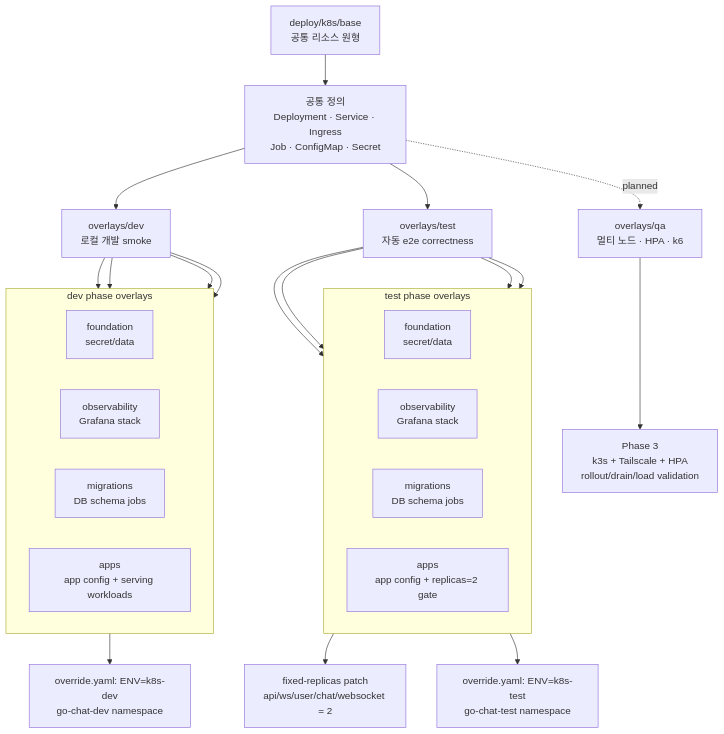
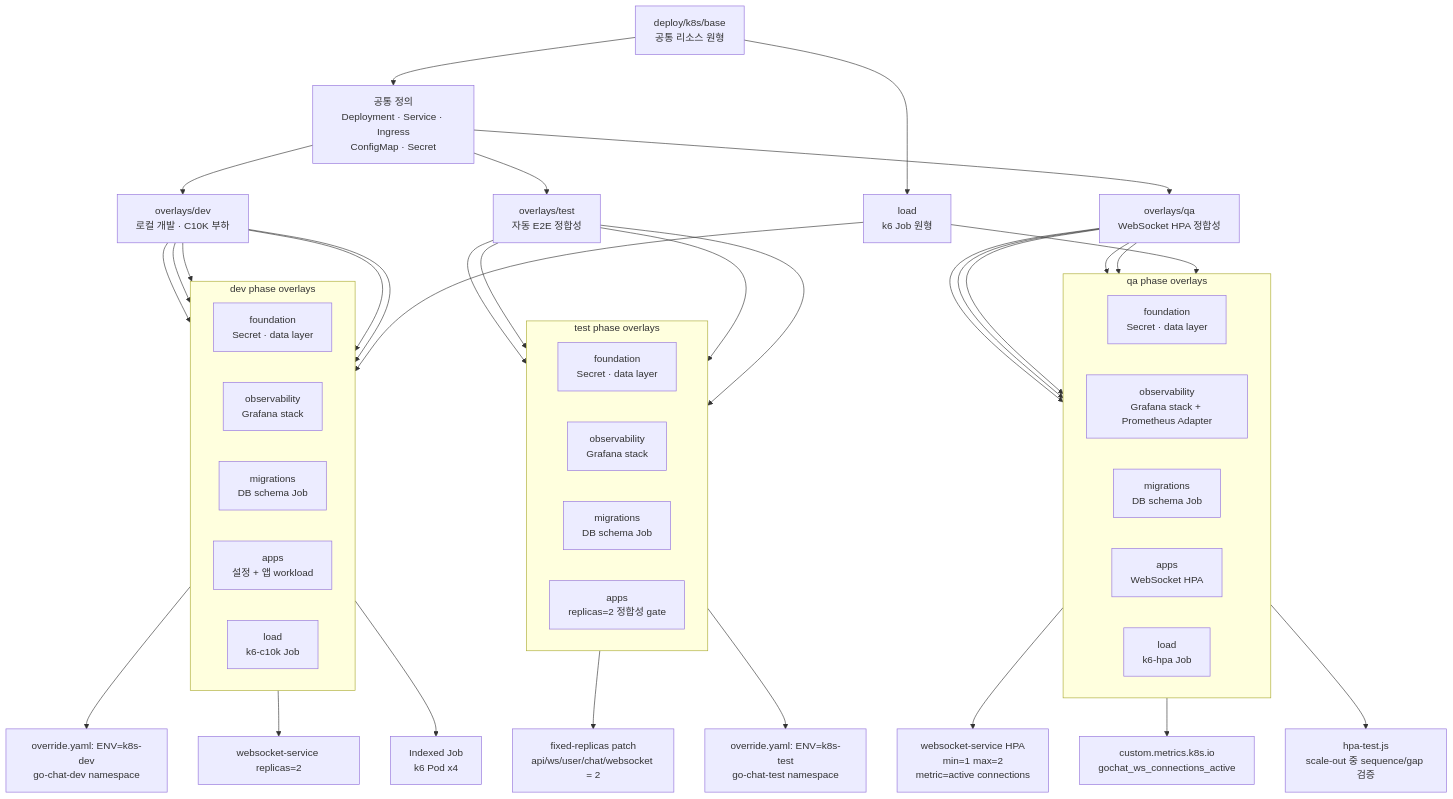
The diagram in docs/diagrams/flow-k8s-overlays.mmd (happyhun/go-chat-msa), drawn with Mermaid before and after one commit. The commit also changed 8 other files, not shown here.

Commit message:
docs: k8s websocket 다이어그램 최신화

```diff
--- a/docs/diagrams/flow-k8s-overlays.mmd
+++ b/docs/diagrams/flow-k8s-overlays.mmd
@@ -1,40 +1,63 @@
 flowchart TB
     Base["deploy/k8s/base<br/>공통 리소스 원형"]
 
-    Base --> Common["공통 정의<br/>Deployment · Service · Ingress<br/>Job · ConfigMap · Secret"]
+    Base --> Common["공통 정의<br/>Deployment · Service · Ingress<br/>ConfigMap · Secret"]
+    Base --> LoadBase["load<br/>k6 Job 원형"]
 
-    Common --> Dev["overlays/dev<br/>로컬 개발 smoke"]
-    Common --> Test["overlays/test<br/>자동 e2e correctness"]
-    Common -. "planned" .-> QA["overlays/qa<br/>멀티 노드 · HPA · k6"]
+    Common --> Dev["overlays/dev<br/>로컬 개발 · C10K 부하"]
+    Common --> Test["overlays/test<br/>자동 E2E 정합성"]
+    Common --> QA["overlays/qa<br/>WebSocket HPA 정합성"]
 
     subgraph DevPhases ["dev phase overlays"]
         direction LR
-        DevFoundation["foundation<br/>secret/data"]
+        DevFoundation["foundation<br/>Secret · data layer"]
         DevObs["observability<br/>Grafana stack"]
-        DevMig["migrations<br/>DB schema jobs"]
-        DevApps["apps<br/>app config + serving workloads"]
+        DevMig["migrations<br/>DB schema Job"]
+        DevApps["apps<br/>설정 + 앱 workload"]
+        DevLoad["load<br/>k6-c10k Job"]
     end
 
     subgraph TestPhases ["test phase overlays"]
         direction LR
-        TestFoundation["foundation<br/>secret/data"]
+        TestFoundation["foundation<br/>Secret · data layer"]
         TestObs["observability<br/>Grafana stack"]
-        TestMig["migrations<br/>DB schema jobs"]
-        TestApps["apps<br/>app config + replicas=2 gate"]
+        TestMig["migrations<br/>DB schema Job"]
+        TestApps["apps<br/>replicas=2 정합성 gate"]
+    end
+
+    subgraph QAPhases ["qa phase overlays"]
+        direction LR
+        QAFoundation["foundation<br/>Secret · data layer"]
+        QAObs["observability<br/>Grafana stack + Prometheus Adapter"]
+        QAMig["migrations<br/>DB schema Job"]
+        QAApps["apps<br/>WebSocket HPA"]
+        QALoad["load<br/>k6-hpa Job"]
     end
 
     Dev --> DevFoundation
     Dev --> DevObs
     Dev --> DevMig
     Dev --> DevApps
+    Dev --> DevLoad
 
     Test --> TestFoundation
     Test --> TestObs
     Test --> TestMig
     Test --> TestApps
 
+    QA --> QAFoundation
+    QA --> QAObs
+    QA --> QAMig
+    QA --> QAApps
+    QA --> QALoad
+
     TestApps --> FixedReplicas["fixed-replicas patch<br/>api/ws/user/chat/websocket = 2"]
     TestApps --> TestConfig["override.yaml: ENV=k8s-test<br/>go-chat-test namespace"]
     DevApps --> DevConfig["override.yaml: ENV=k8s-dev<br/>go-chat-dev namespace"]
-
-    QA --> QANote["Phase 3<br/>k3s + Tailscale + HPA<br/>rollout/drain/load validation"]
+    DevApps --> DevReplicas["websocket-service replicas=2"]
+    LoadBase --> DevLoad
+    LoadBase --> QALoad
+    DevLoad --> DevLoadJob["Indexed Job<br/>k6 Pod x4"]
+    QAApps --> QAHPA["websocket-service HPA<br/>min=1 max=2<br/>metric=active connections"]
+    QAObs --> CustomMetrics["custom.metrics.k8s.io<br/>gochat_ws_connections_active"]
+    QALoad --> HPAJob["hpa-test.js<br/>scale-out 중 sequence/gap 검증"]
```
